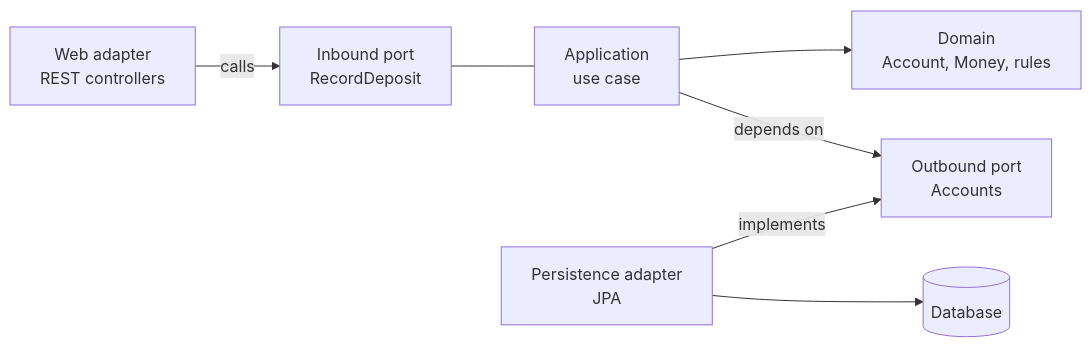
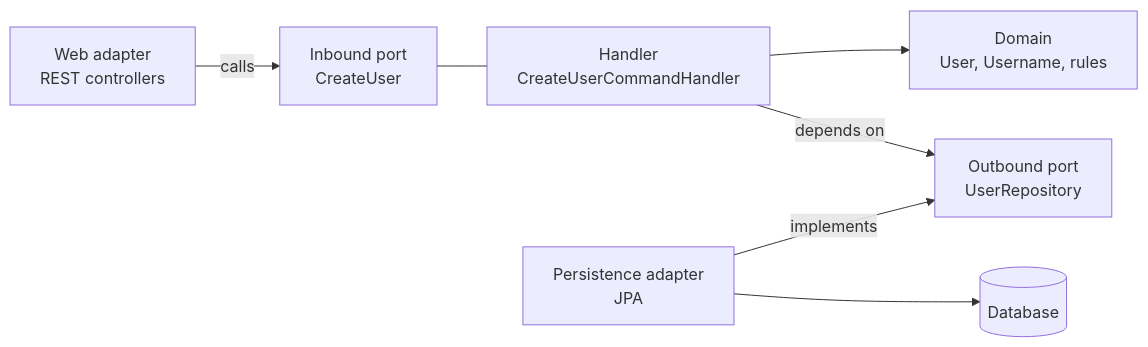
One commit to MaBeMaIn/financial-tracker changed the diagram in docs/guidelines/architecture-principles.md. Above: the diagram before and after it, drawn with Mermaid. The commit also changed other lines of this file and 33 other files, not shown here.

````diff
--- a/docs/guidelines/architecture-principles.md
+++ b/docs/guidelines/architecture-principles.md
@@ -28,9 +29,9 @@
 ```mermaid
 flowchart LR
-    WEB["Web adapter<br/>REST controllers"] -->|calls| IN["Inbound port<br/>RecordDeposit"]
+    WEB["Web adapter<br/>REST controllers"] -->|calls| IN["Inbound port<br/>CreateUser"]
     IN --- APP
-    APP["Application<br/>use case"] --> DOM["Domain<br/>Account, Money, rules"]
-    APP -->|depends on| OUT["Outbound port<br/>Accounts"]
+    APP["Handler<br/>CreateUserCommandHandler"] --> DOM["Domain<br/>User, Username, rules"]
+    APP -->|depends on| OUT["Outbound port<br/>UserRepository"]
     PERS["Persistence adapter<br/>JPA"] -->|implements| OUT
     PERS --> DB[("Database")]
 ```
````
